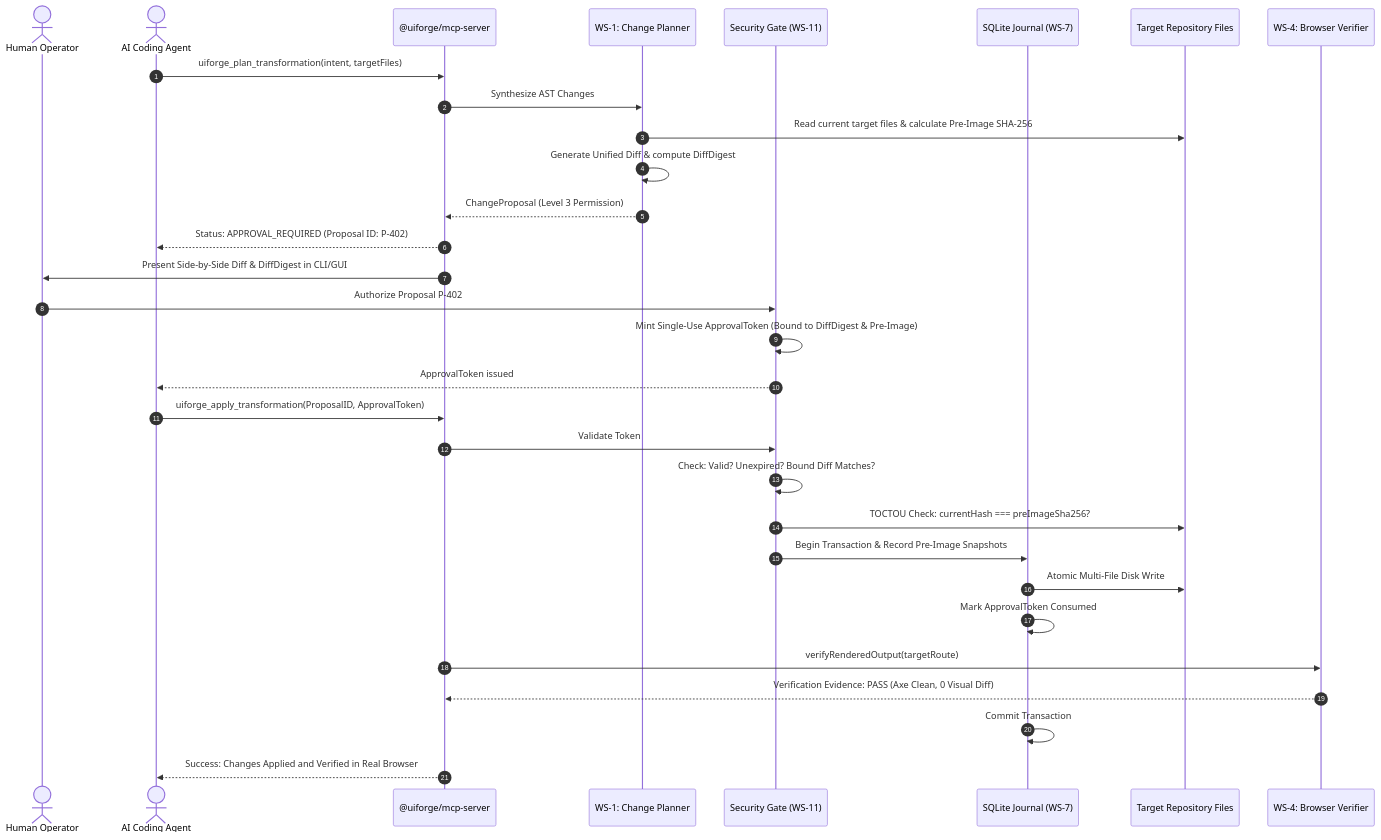
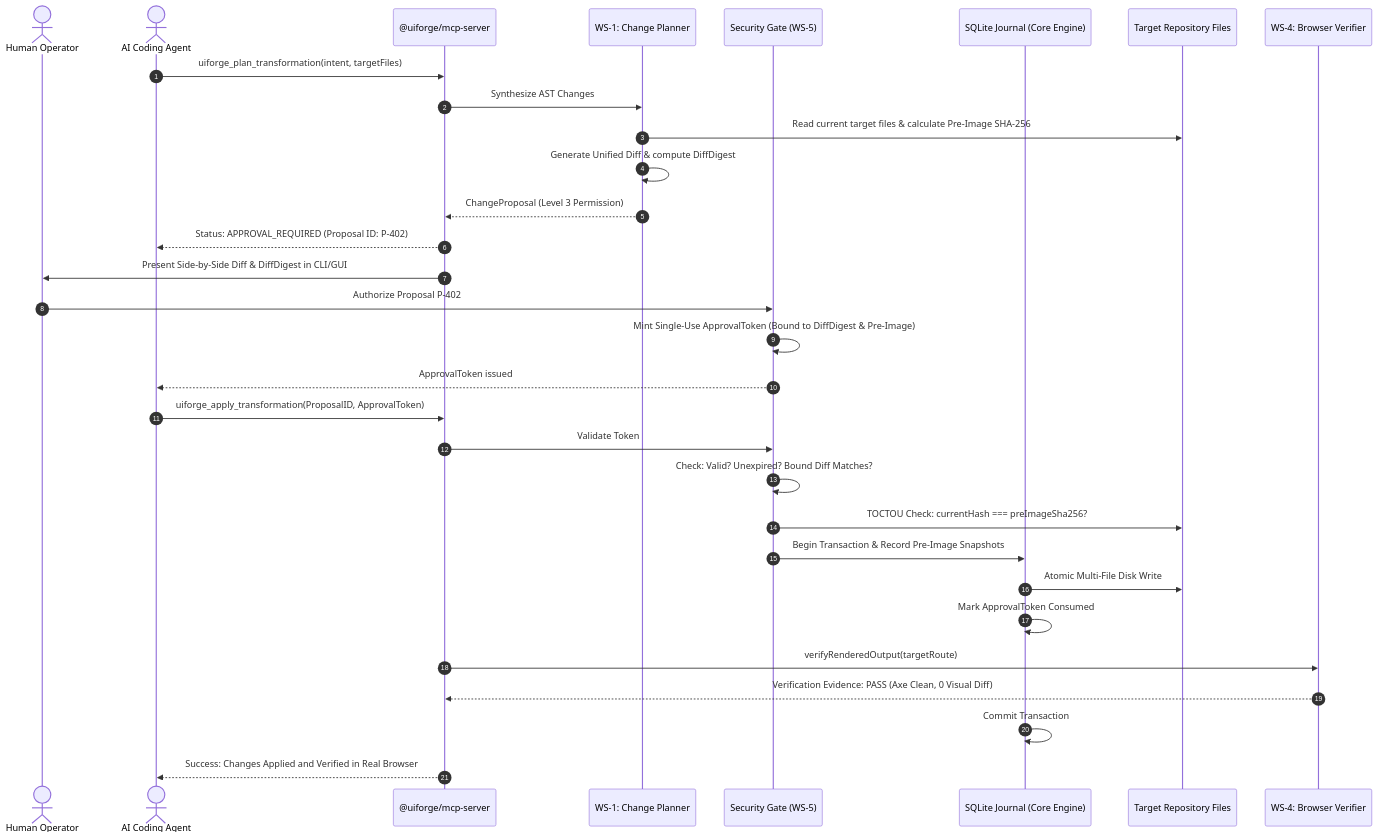
Before and after one commit to Tanish-kumar-Agarwal/UIForge: the fourth of 7 diagrams in research/phase-02/phase-02.2-consolidation/END-TO-END-WORKFLOWS.md, drawn with Mermaid. The commit also changed other lines of this file and 1 other file, not shown here.

Commit message:
docs(security): specify multi-layer filesystem protections, staging workflow, and diff-bound approvals

````diff
--- a/research/phase-02/phase-02.2-consolidation/END-TO-END-WORKFLOWS.md
+++ b/research/phase-02/phase-02.2-consolidation/END-TO-END-WORKFLOWS.md
@@ -172,37 +172,37 @@
 ```mermaid
 sequenceDiagram
     autonumber
     actor Human as Human Operator
     actor Agent as AI Coding Agent
     participant Ingress as @uiforge/mcp-server
     participant Planner as WS-1: Change Planner
-    participant Security as Security Gate (WS-11)
-    participant Journal as SQLite Journal (WS-7)
+    participant Security as Security Gate (WS-5)
+    participant Journal as SQLite Journal (Core Engine)
     participant Disk as Target Repository Files
     participant WS4 as WS-4: Browser Verifier
 
     Agent->>Ingress: uiforge_plan_transformation(intent, targetFiles)
     Ingress->>Planner: Synthesize AST Changes
     Planner->>Disk: Read current target files & calculate Pre-Image SHA-256
     Planner->>Planner: Generate Unified Diff & compute DiffDigest
     Planner-->>Ingress: ChangeProposal (Level 3 Permission)
     Ingress-->>Agent: Status: APPROVAL_REQUIRED (Proposal ID: P-402)
 
     Ingress->>Human: Present Side-by-Side Diff & DiffDigest in CLI/GUI
     Human->>Security: Authorize Proposal P-402
     Security->>Security: Mint Single-Use ApprovalToken (Bound to DiffDigest & Pre-Image)
     Security-->>Agent: ApprovalToken issued
 
     Agent->>Ingress: uiforge_apply_transformation(ProposalID, ApprovalToken)
     Ingress->>Security: Validate Token
     Security->>Security: Check: Valid? Unexpired? Bound Diff Matches?
     Security->>Disk: TOCTOU Check: currentHash === preImageSha256?
     Security->>Journal: Begin Transaction & Record Pre-Image Snapshots
     Journal->>Disk: Atomic Multi-File Disk Write
     Journal->>Journal: Mark ApprovalToken Consumed
 
     Ingress->>WS4: verifyRenderedOutput(targetRoute)
     WS4-->>Ingress: Verification Evidence: PASS (Axe Clean, 0 Visual Diff)
     Journal->>Journal: Commit Transaction
     Ingress-->>Agent: Success: Changes Applied and Verified in Real Browser
 ```
````
